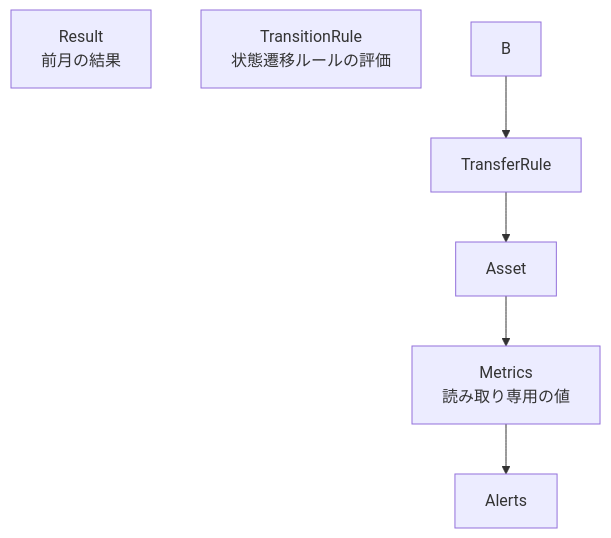
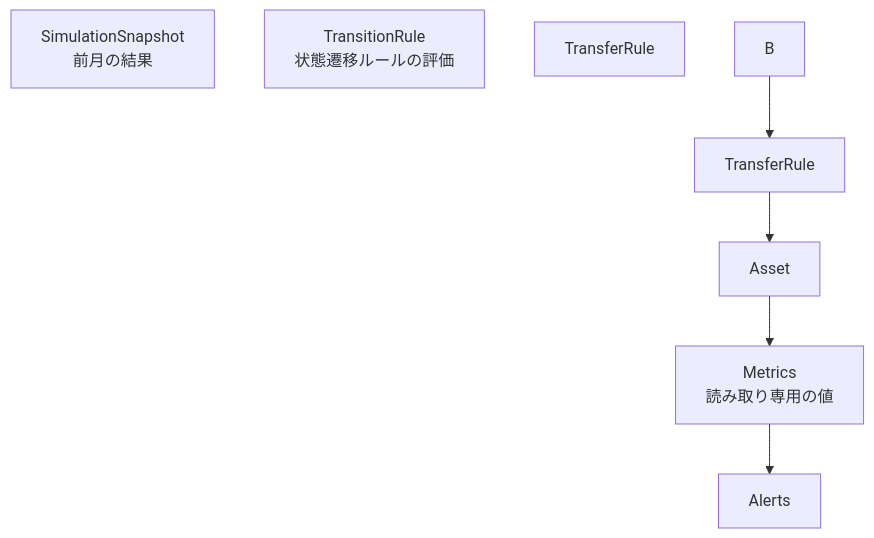
One commit to hmzk0312/FinancesDSL changed the sixth of 7 diagrams in README.md. Above: the diagram before and after it, drawn with Mermaid. The commit also changed other lines of this file, not shown here.

````diff
--- a/README.md
+++ b/README.md
@@ -216,13 +216,13 @@
 ```mermaid
 flowchart TD;　
-    Result[Result\n前月の結果]
-    TransitionRule[TransitionRule\n状態遷移ルールの評価]
-    C[TransferRule]
+    SS[SimulationSnapshot\n前月の結果]
+    TR[TransitionRule\n状態遷移ルールの評価]
+    FR[TransferRule]
     D[Asset]
     E[Metrics\n読み取り専用の値]
     F[Alerts\n]
 B --> C[TransferRule]
 C --> D[Asset]
 D --> E[Metrics\n読み取り専用の値]
 E --> F[Alerts\n]
 ```
````
